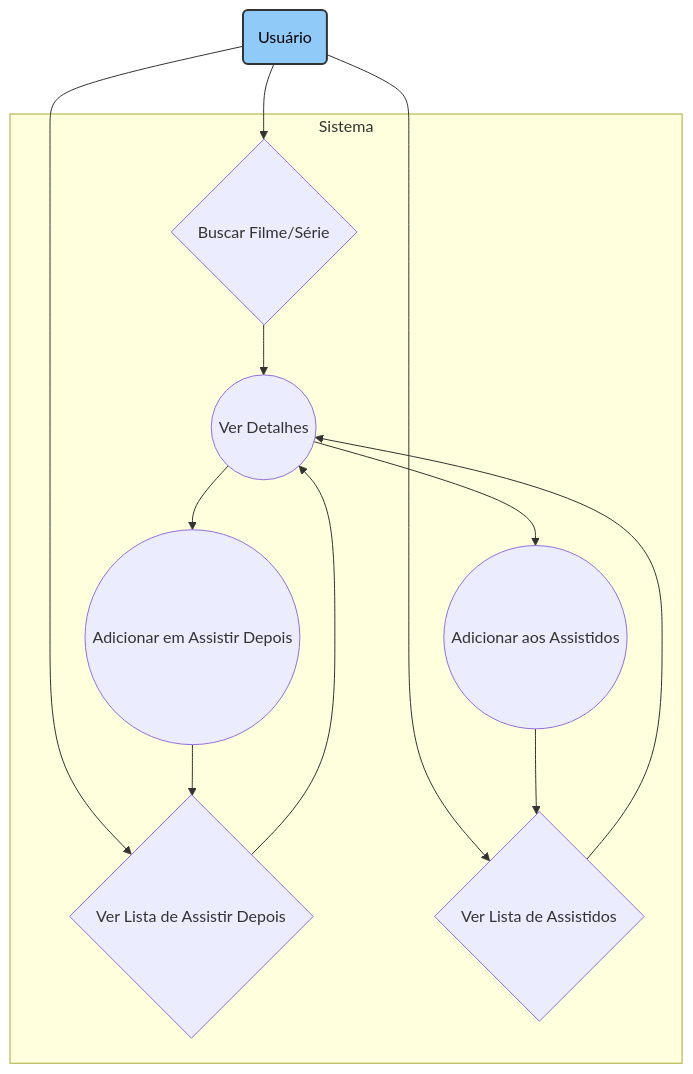
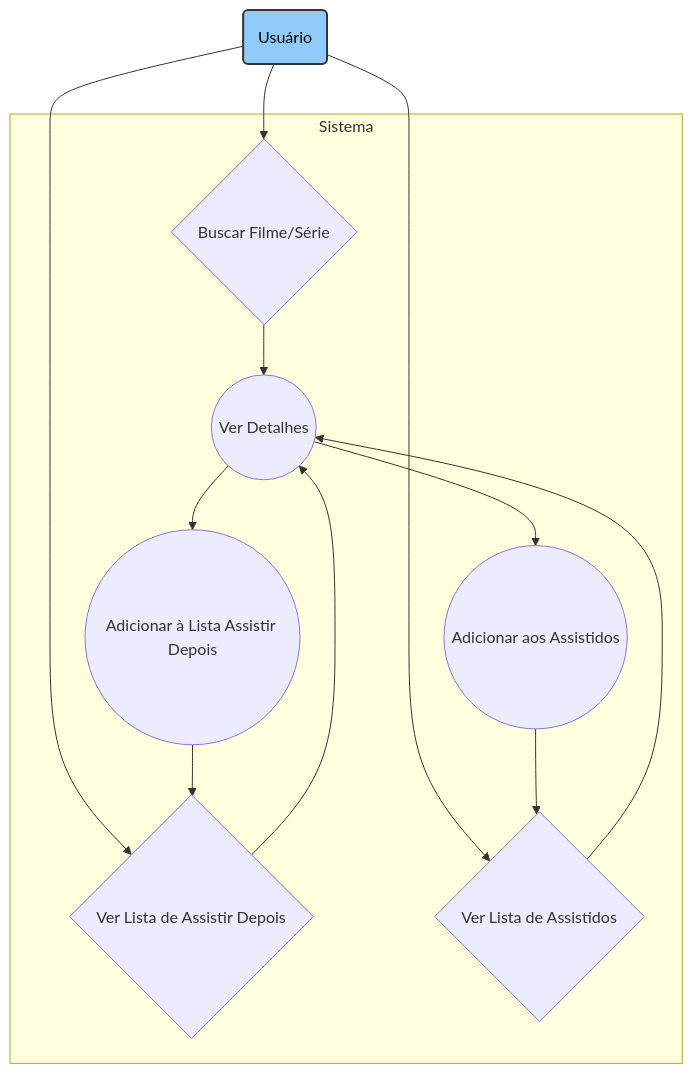
One commit to lauramarson/ads-grupo15-cinetrack changed the diagram in README.md. Above: the diagram before and after it, drawn with Mermaid. The commit also changed other lines of this file, not shown here.

````diff
--- a/README.md
+++ b/README.md
@@ -21,24 +21,24 @@
 ```mermaid
 graph TD
     A(Usuário) --> B{Buscar Filme/Série};
     A --> C{Ver Lista de Assistir Depois};
     A --> D{Ver Lista de Assistidos};
     B --> E((Ver Detalhes));
-    E --> F((Adicionar em Assistir Depois));
+    E --> F((Adicionar à Lista Assistir Depois));
     E --> G((Adicionar aos Assistidos));
     C --> E;
     D --> E;
     F --> C;
     G --> D;
 
     subgraph "Sistema"
         B
         C
         D
         E
         F
         G
     end
 
     style A fill:#90caf9,stroke:#333,stroke-width:2px,color:#000
 ```
````
